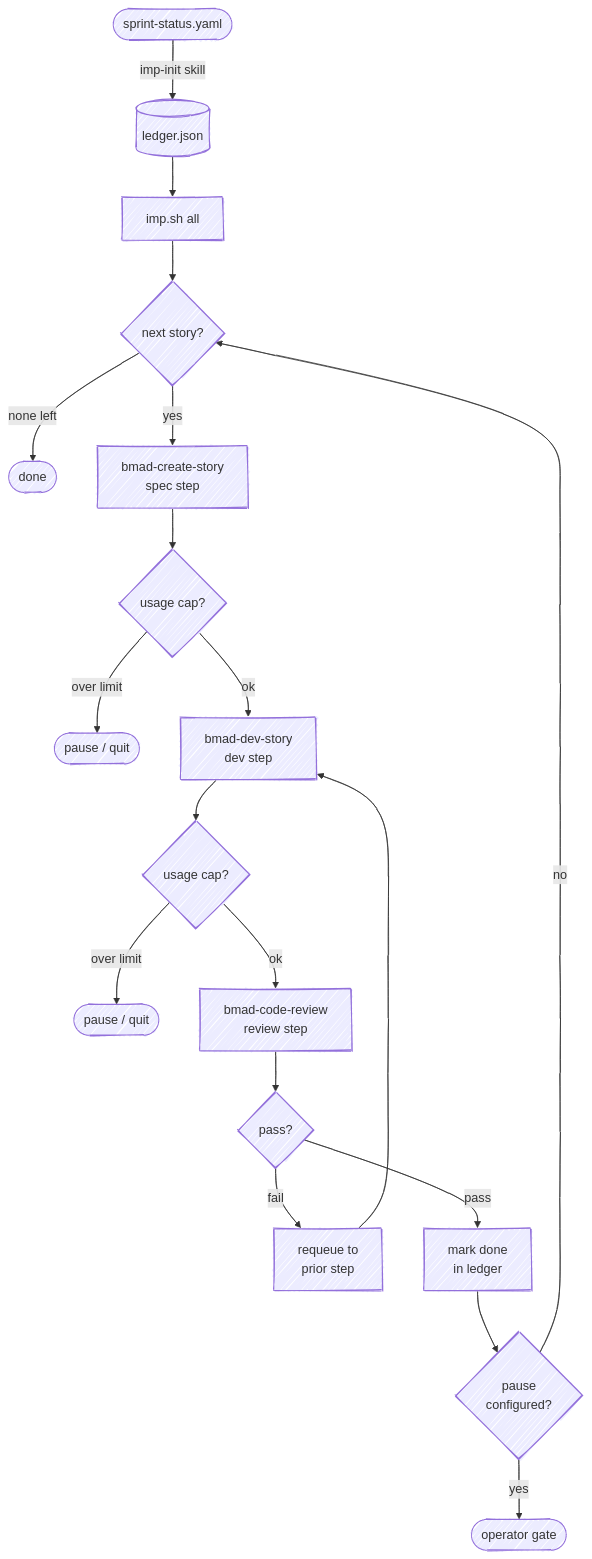
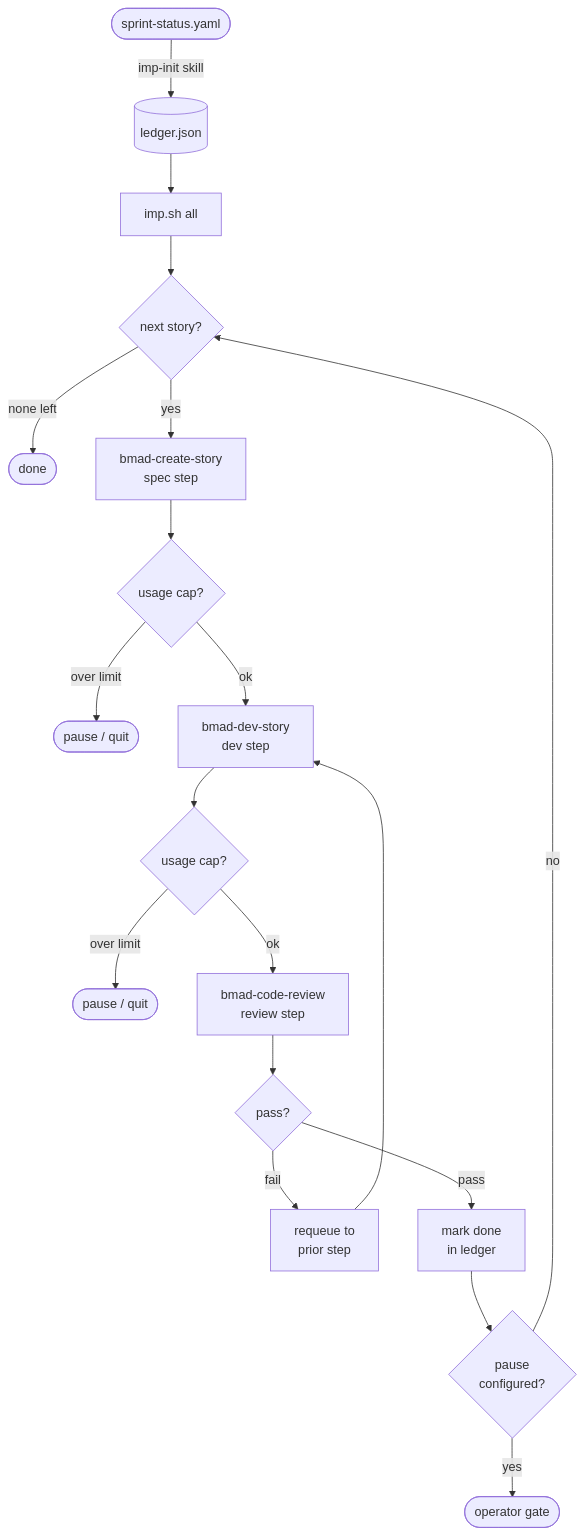
The first of 2 diagrams in README.md (SauliusDev/imp-agent), drawn with Mermaid before and after one commit. The commit also changed other lines of this file, not shown here.

Commit message:
docs: remove handDrawn theme from mermaid diagrams

````diff
--- a/README.md
+++ b/README.md
@@ -106,22 +106,22 @@
 ```mermaid
-%%{init: {'theme': 'default', 'look': 'handDrawn', 'flowchart': {'curve': 'basis'}}}%%
+%%{init: {'theme': 'default', 'flowchart': {'curve': 'basis'}}}%%
 flowchart TD
     A([sprint-status.yaml]) -->|imp-init skill| B[(ledger.json)]
     B --> C[imp.sh all]
     C --> D{next story?}
     D -->|none left| Z([done])
     D -->|yes| E[bmad-create-story\nspec step]
     E --> G1{usage cap?}
     G1 -->|over limit| P1([pause / quit])
     G1 -->|ok| F[bmad-dev-story\ndev step]
     F --> G2{usage cap?}
     G2 -->|over limit| P2([pause / quit])
     G2 -->|ok| G[bmad-code-review\nreview step]
     G --> H{pass?}
     H -->|fail| I[requeue to\nprior step]
     I --> F
     H -->|pass| J[mark done\nin ledger]
     J --> K{pause\nconfigured?}
     K -->|yes| L([operator gate])
     K -->|no| D
 ```
````
